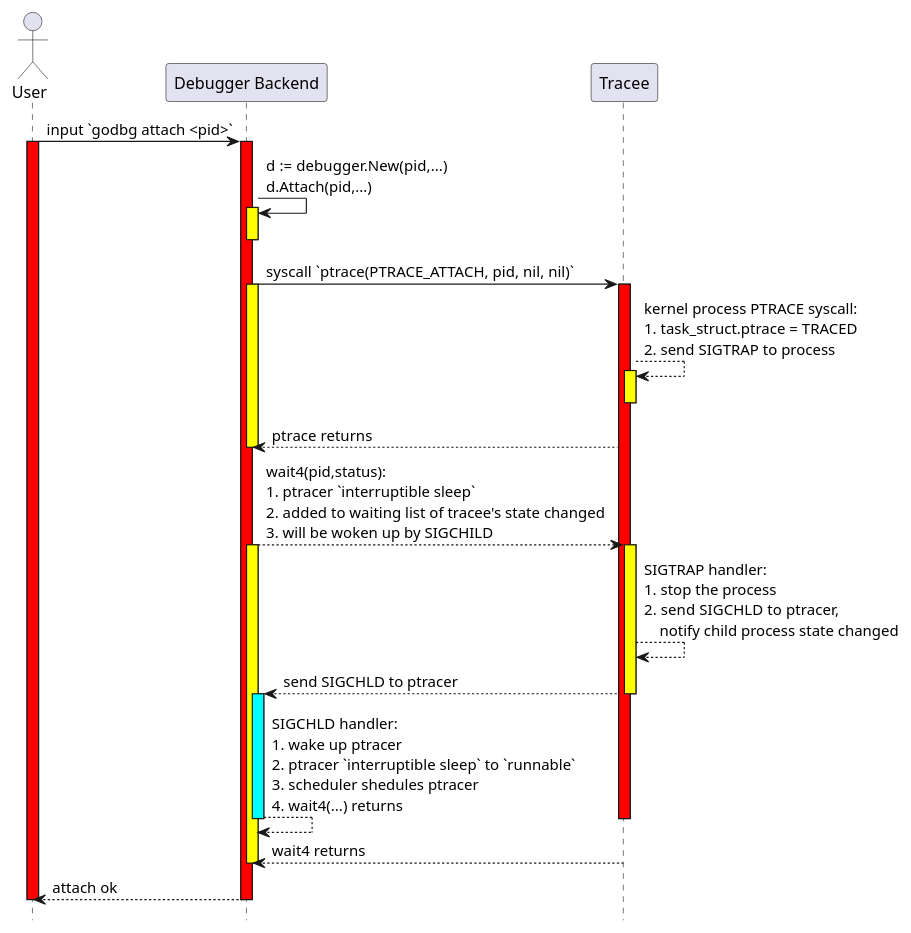
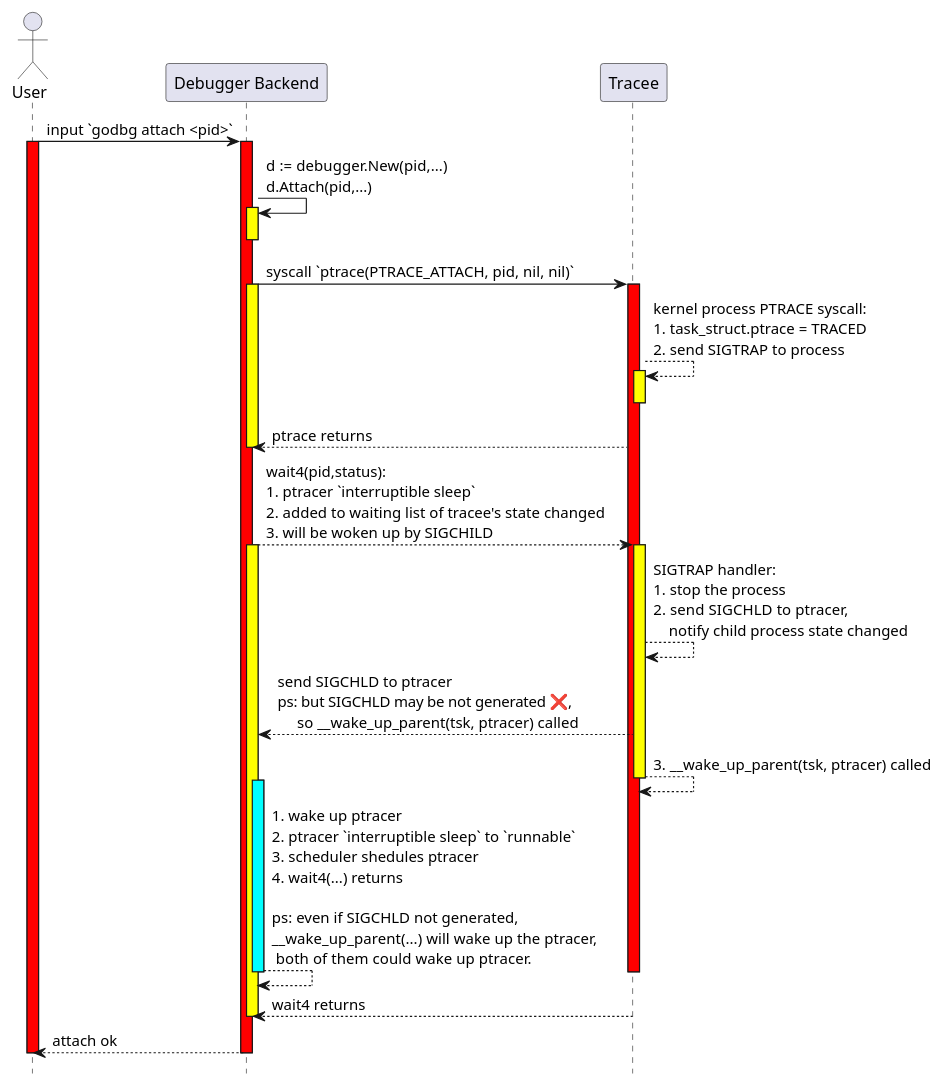
The diagram in articles/00-how-attach-works.puml (hitzhangjie/tinydbg), drawn with PlantUML before and after one commit. The commit also changed 1 other file, not shown here.

Commit message:
tinydbg/articles: improve the plantuml about wait4/wakeup/sigchld

```diff
--- a/articles/00-how-attach-works.puml
+++ b/articles/00-how-attach-works.puml
@@ -1,52 +1,54 @@
 @startuml
 
 hide footbox
 
 actor User
 participant "Debugger Backend" as BE
 participant "Tracee" as TP
 
 User -> BE : input `godbg attach <pid>`
 
 activate User #ff0000
 activate BE #ff0000
 
 BE -> BE: d := debugger.New(pid,...)\nd.Attach(pid,...)
 activate BE #ffff00
 deactivate BE
 
 BE -> TP: syscall `ptrace(PTRACE_ATTACH, pid, nil, nil)`
 activate BE #ffff00
 activate TP #ff0000
 TP --> TP: kernel process PTRACE syscall:\n1. task_struct.ptrace = TRACED\n2. send SIGTRAP to process
 activate TP #ffff00
 deactivate TP
 TP --> BE: ptrace returns
 deactivate BE
 
 BE --> TP: wait4(pid,status):\n1. ptracer `interruptible sleep`\n2. added to waiting list of tracee's state changed\n3. will be woken up by SIGCHILD
 activate BE #ffff00
 
 activate TP #ffff00
 
 TP --> TP: SIGTRAP handler: \n1. stop the process\n2. send SIGCHLD to ptracer, \n    notify child process state changed
-TP --> BE: send SIGCHLD to ptracer
+TP --> BE: send SIGCHLD to ptracer \nps: but SIGCHLD may be not generated ❌,\n     so __wake_up_parent(tsk, ptracer) called
+
+TP --> TP: 3. __wake_up_parent(tsk, ptracer) called
 deactivate TP
 
 activate BE #00ffff
-BE --> BE: SIGCHLD handler: \n1. wake up ptracer\n2. ptracer `interruptible sleep` to `runnable`\n3. scheduler shedules ptracer\n4. wait4(...) returns
+BE --> BE: 1. wake up ptracer\n2. ptracer `interruptible sleep` to `runnable`\n3. scheduler shedules ptracer\n4. wait4(...) returns\n\nps: even if SIGCHLD not generated,\n__wake_up_parent(...) will wake up the ptracer,\n both of them could wake up ptracer.
 deactivate BE
 
 deactivate TP
 
 TP --> BE: wait4 returns
 deactivate BE
 
 deactivate TP
 
 BE --> User: attach ok
 deactivate BE
 
 deactivate User
 
 @enduml
```
